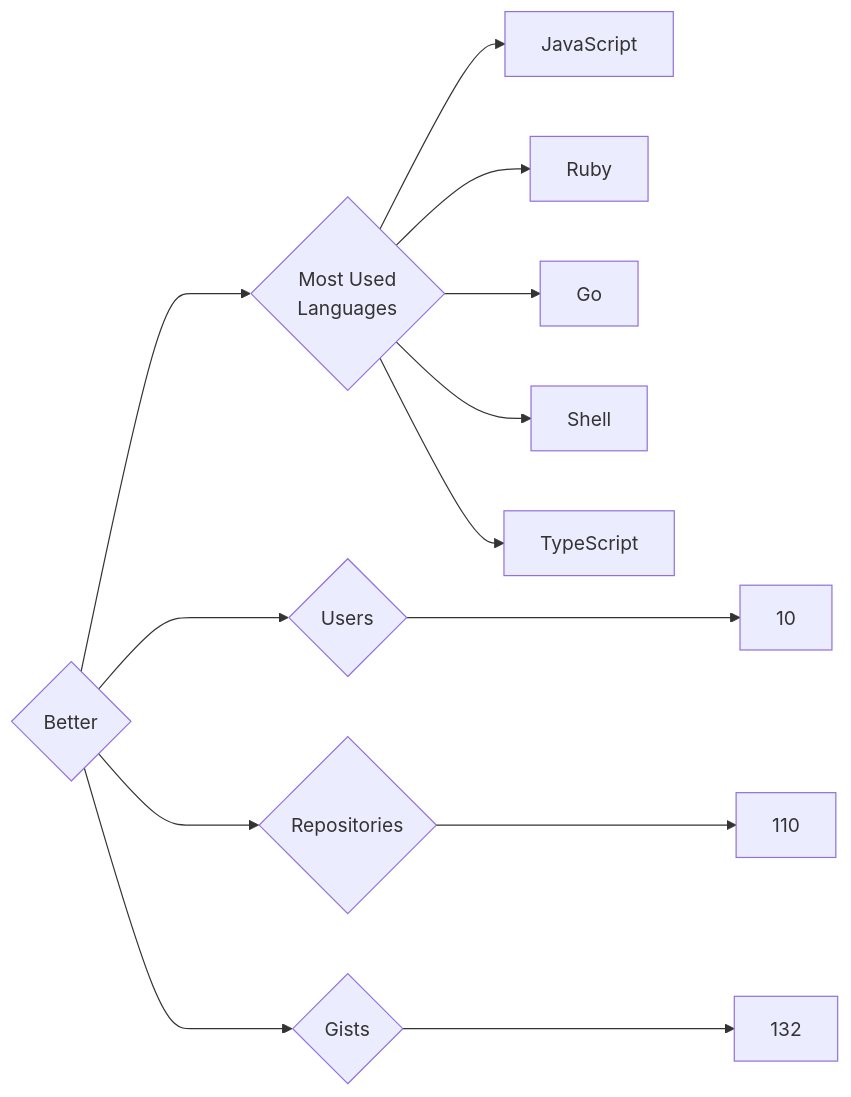
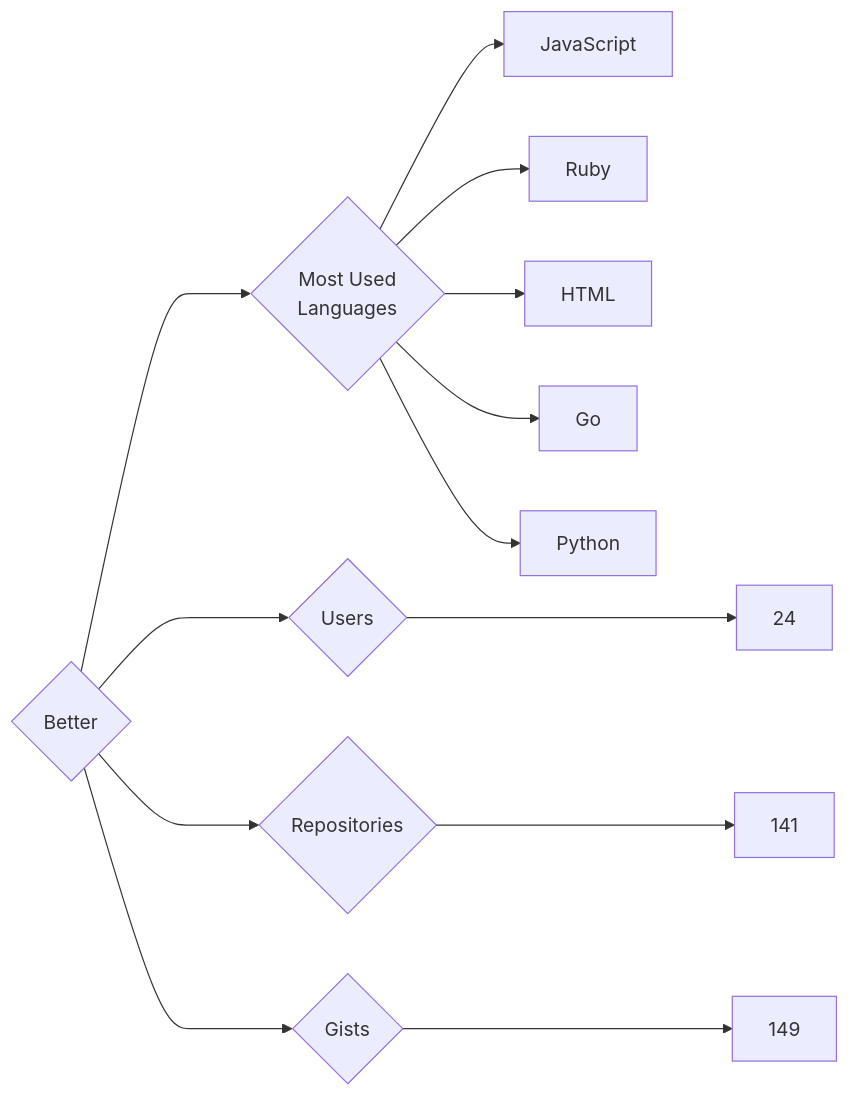
Before and after one commit to trickest/insiders: the diagram in targets/Better/README.md, drawn with Mermaid. The commit also changed 916 other files, not shown here.

````diff
--- a/targets/Better/README.md
+++ b/targets/Better/README.md
@@ -3,13 +3,13 @@
 ```mermaid
 graph LR
 COMPANY_NAME{Better}
-COMPANY_NAME ---> U{Users} ---> UN[10]
-COMPANY_NAME ---> R{Repositories} ---> RN[110]
-COMPANY_NAME ---> G{Gists} ---> GN[132]
+COMPANY_NAME ---> U{Users} ---> UN[24]
+COMPANY_NAME ---> R{Repositories} ---> RN[141]
+COMPANY_NAME ---> G{Gists} ---> GN[149]
 COMPANY_NAME ---> ML{Most Used<br>Languages}
 ML --> JavaScript[JavaScript]
 ML --> Ruby[Ruby]
+ML --> HTML[HTML]
 ML --> Go[Go]
-ML --> Shell[Shell]
-ML --> TypeScript[TypeScript]
+ML --> Python[Python]
 ```
````
